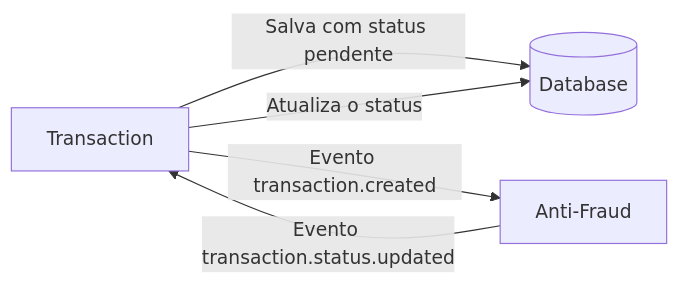
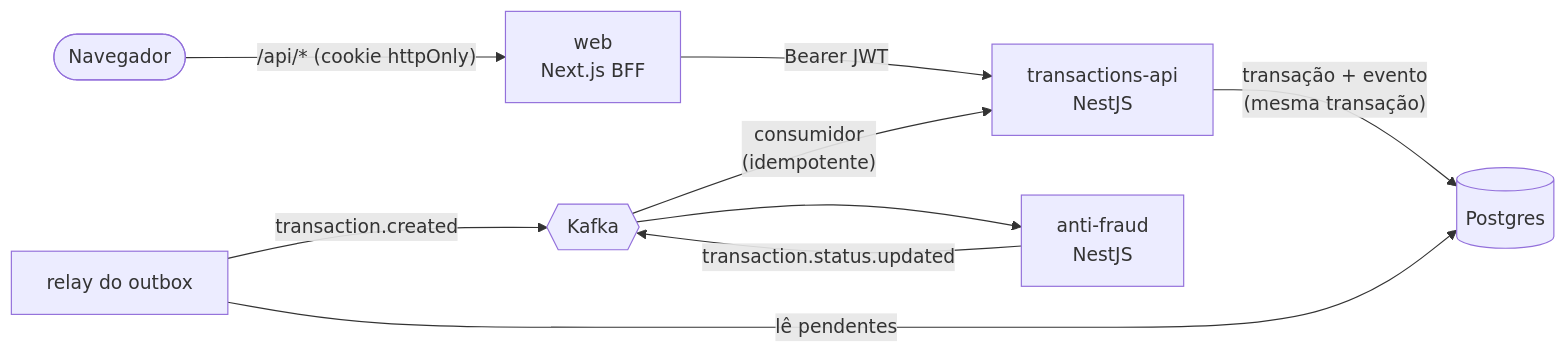
The diagram in README.md (agatavelasco/tech-challenge), drawn with Mermaid before and after one commit. The commit also changed other lines of this file, not shown here.

````diff
--- a/README.md
+++ b/README.md
@@ -33,7 +24,11 @@
 ```mermaid
 flowchart LR
-  Transaction -- Salva com status pendente --> DB[(Database)]
-  Transaction -- Evento transaction.created --> AntiFraud[Anti-Fraud]
-  AntiFraud -- Evento transaction.status.updated --> Transaction
-  Transaction -- Atualiza o status --> DB
+  Browser([Navegador]) -- "/api/* (cookie httpOnly)" --> Web[web<br/>Next.js BFF]
+  Web -- "Bearer JWT" --> API[transactions-api<br/>NestJS]
+  API -- "transação + evento<br/>(mesma transação)" --> DB[(Postgres)]
+  Relay[relay do outbox] -- lê pendentes --> DB
+  Relay -- transaction.created --> Kafka{{Kafka}}
+  Kafka --> AF[anti-fraud<br/>NestJS]
+  AF -- transaction.status.updated --> Kafka
+  Kafka -- "consumidor<br/>(idempotente)" --> API
 ```
````
